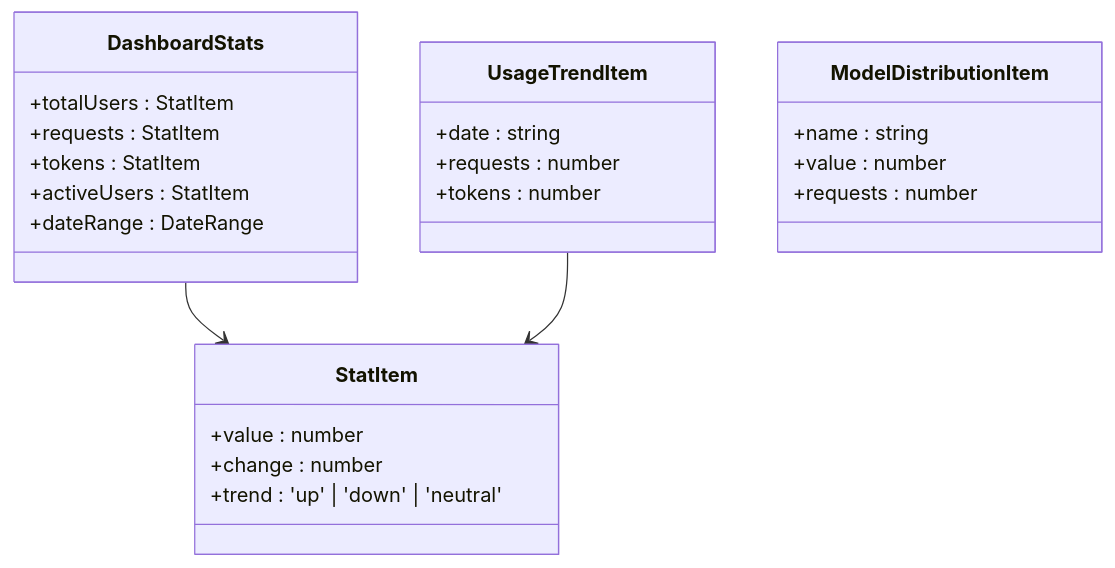
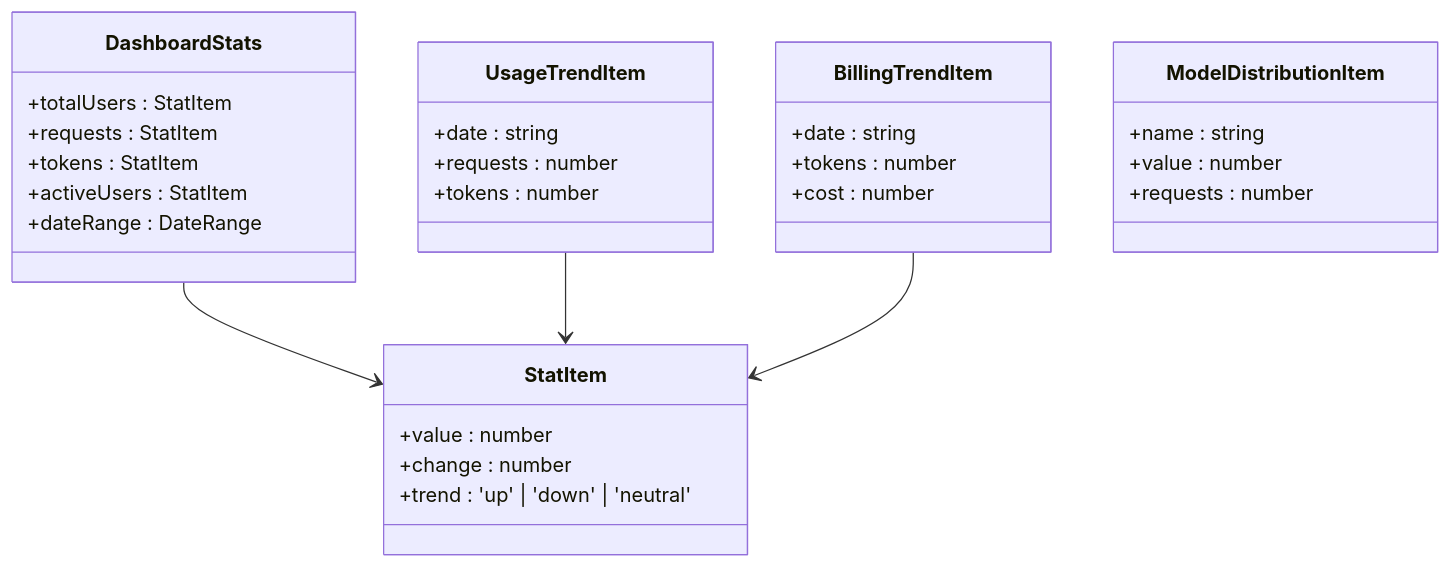
One commit to RadiumAg/AIGate changed the sixth of 9 diagrams in .qoder/repowiki/zh/content/API 参考/tRPC API 接口/仪表板统计路由.md. Above: the diagram before and after it, drawn with Mermaid. The commit also changed other lines of this file and 30 other files, not shown here.

````diff
--- a/.qoder/repowiki/zh/content/API 参考/tRPC API 接口/仪表板统计路由.md
+++ b/.qoder/repowiki/zh/content/API 参考/tRPC API 接口/仪表板统计路由.md
@@ -341,27 +377,33 @@
 ```mermaid
 classDiagram
 class DashboardStats {
 +totalUsers : StatItem
 +requests : StatItem
 +tokens : StatItem
 +activeUsers : StatItem
 +dateRange : DateRange
 }
 class StatItem {
 +value : number
 +change : number
 +trend : 'up' | 'down' | 'neutral'
 }
 class UsageTrendItem {
 +date : string
 +requests : number
 +tokens : number
 }
+class BillingTrendItem {
++date : string
++tokens : number
++cost : number
+}
 class ModelDistributionItem {
 +name : string
 +value : number
 +requests : number
 }
 DashboardStats --> StatItem
 UsageTrendItem --> StatItem
+BillingTrendItem --> StatItem
 ```
````
